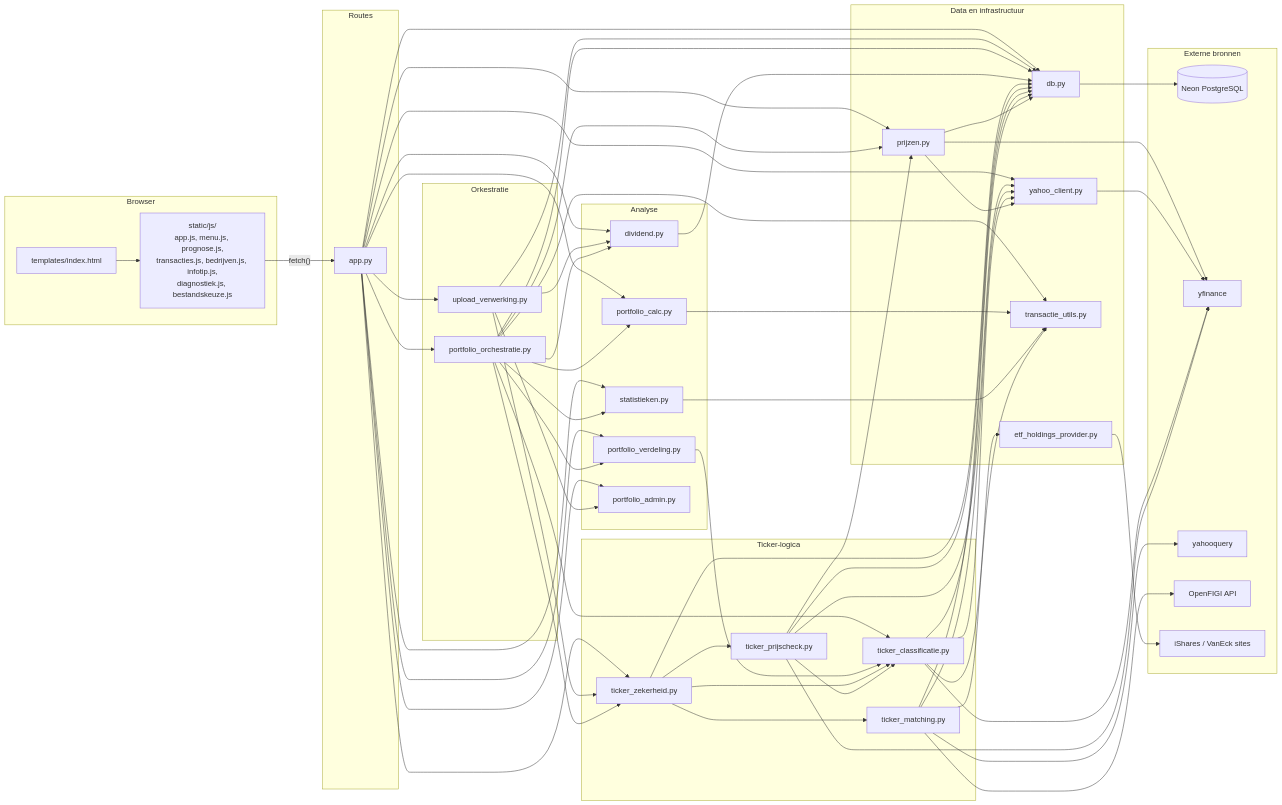
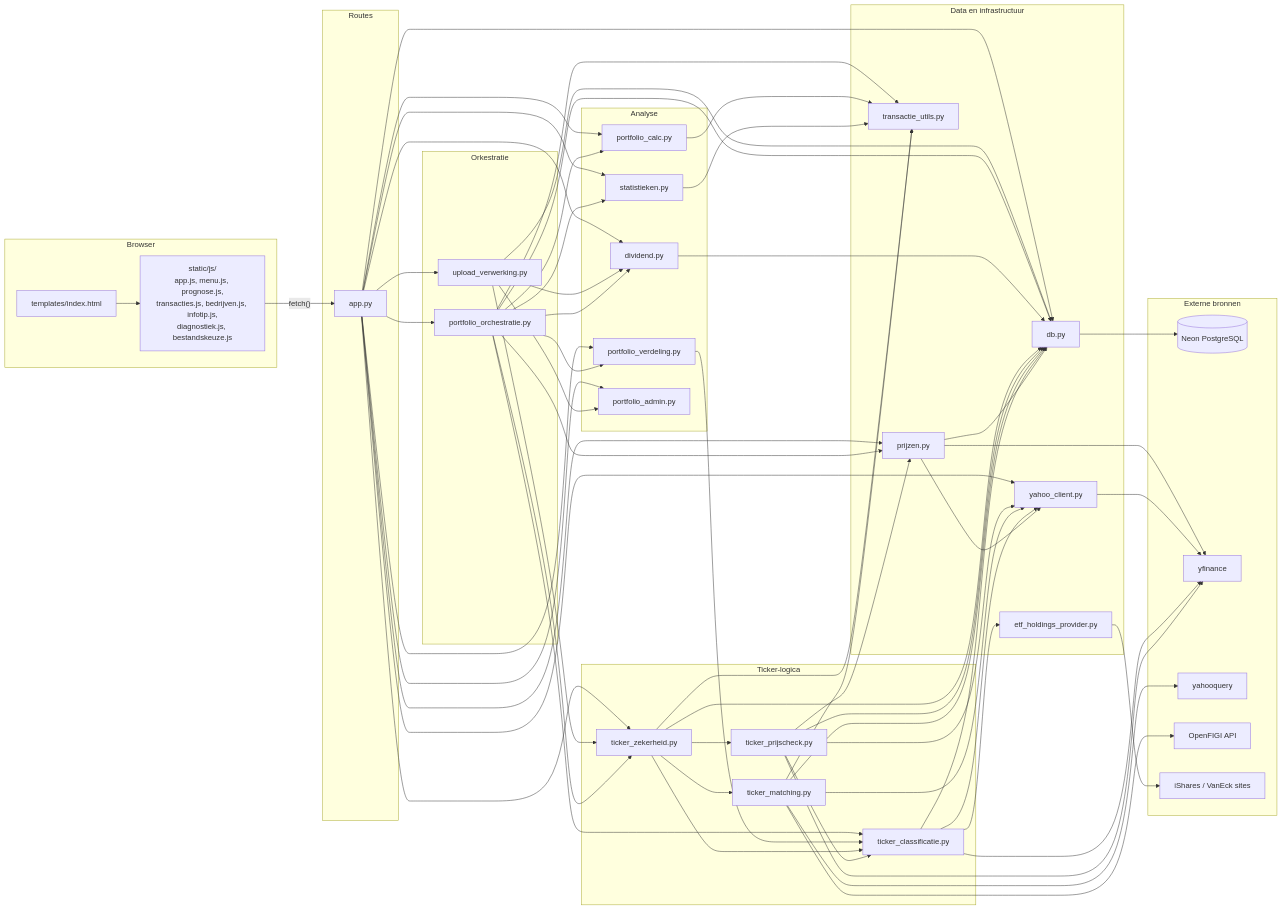
Before and after one commit to lobkest/portfolioTracker: the first of 2 diagrams in docs/CODE_OVERZICHT.md, drawn with Mermaid. The commit also changed other lines of this file and 10 other files, not shown here.

```diff
--- a/docs/CODE_OVERZICHT.md
+++ b/docs/CODE_OVERZICHT.md
@@ -144,6 +144,7 @@
     ZEK --> PCHK
     ZEK --> CLASS
     ZEK --> DB
+    ZEK --> UTIL
     PCHK --> PRIJ
     PCHK --> CLASS
     PCHK --> YC
```
